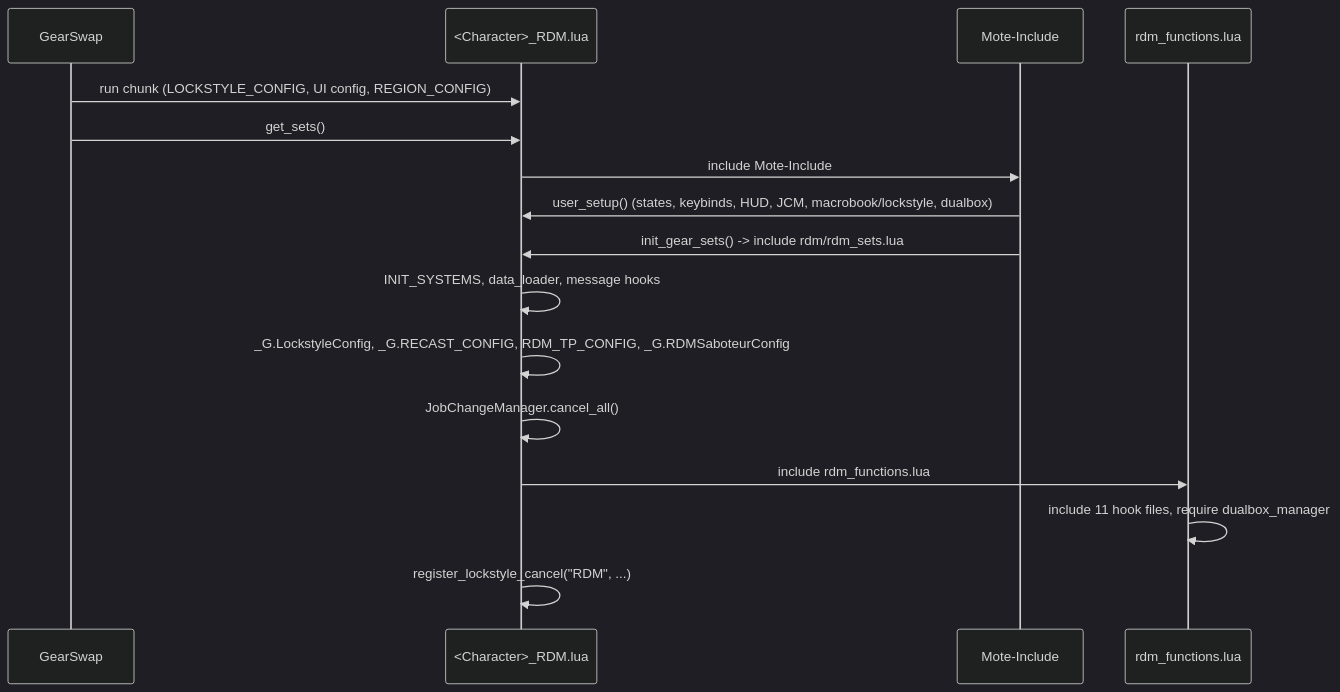
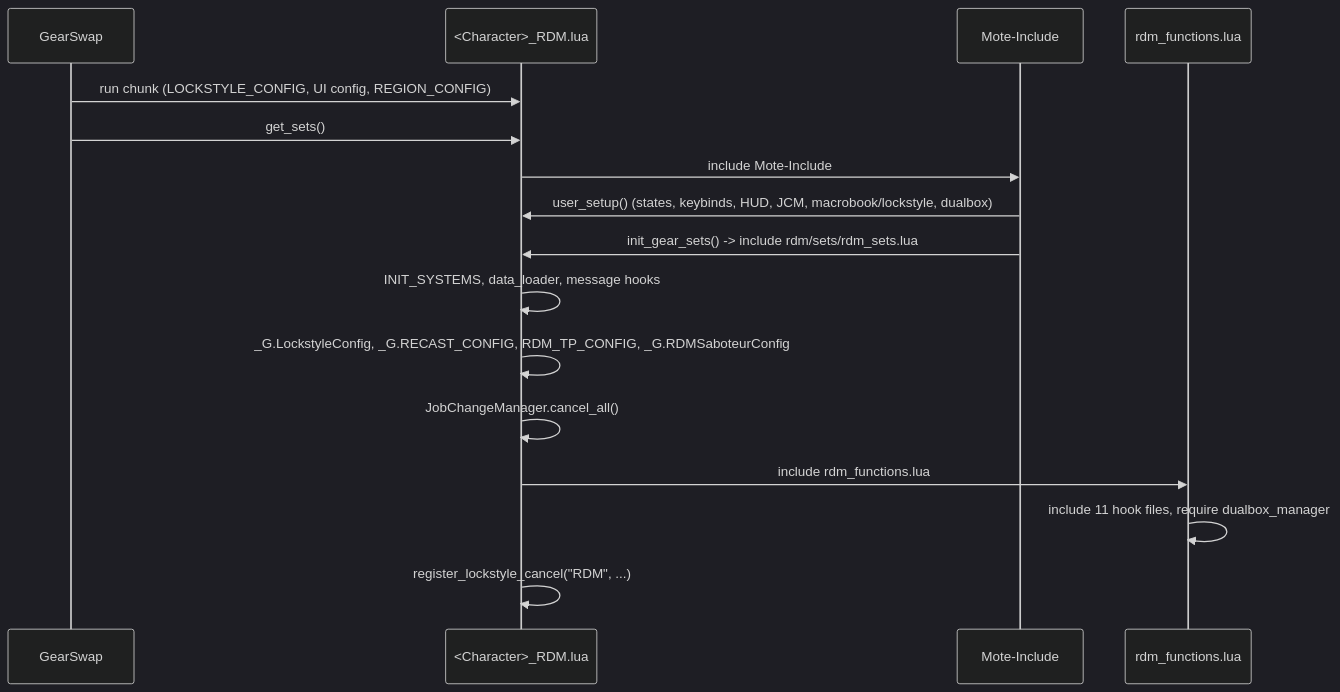
Before and after one commit to ejouanchicot/Gearswap: the first of 2 diagrams in docs/dev/jobs/rdm.md, drawn with Mermaid (dark theme). The commit also changed 32 other files, not shown here.

First line of the commit message:
feat(layout): gear in a sets/ folder, apart from the settings

````diff
--- a/docs/dev/jobs/rdm.md
+++ b/docs/dev/jobs/rdm.md
@@ -96,18 +96,18 @@
 ```mermaid
 sequenceDiagram
     participant GS as GearSwap
     participant E as <Character>_RDM.lua
     participant M as Mote-Include
     participant F as rdm_functions.lua
     GS->>E: run chunk (LOCKSTYLE_CONFIG, UI config, REGION_CONFIG)
     GS->>E: get_sets()
     E->>M: include Mote-Include
     M->>E: user_setup() (states, keybinds, HUD, JCM, macrobook/lockstyle, dualbox)
-    M->>E: init_gear_sets() -> include rdm/rdm_sets.lua
+    M->>E: init_gear_sets() -> include rdm/sets/rdm_sets.lua
     E->>E: INIT_SYSTEMS, data_loader, message hooks
     E->>E: _G.LockstyleConfig, _G.RECAST_CONFIG, RDM_TP_CONFIG, _G.RDMSaboteurConfig
     E->>E: JobChangeManager.cancel_all()
     E->>F: include rdm_functions.lua
     F->>F: include 11 hook files, require dualbox_manager
     E->>E: register_lockstyle_cancel("RDM", ...)
 ```
````
